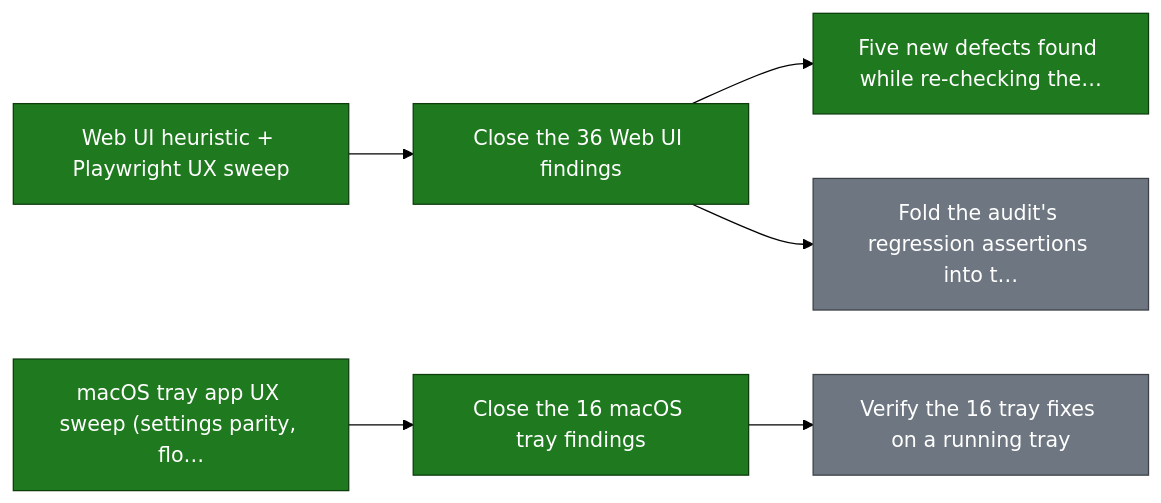
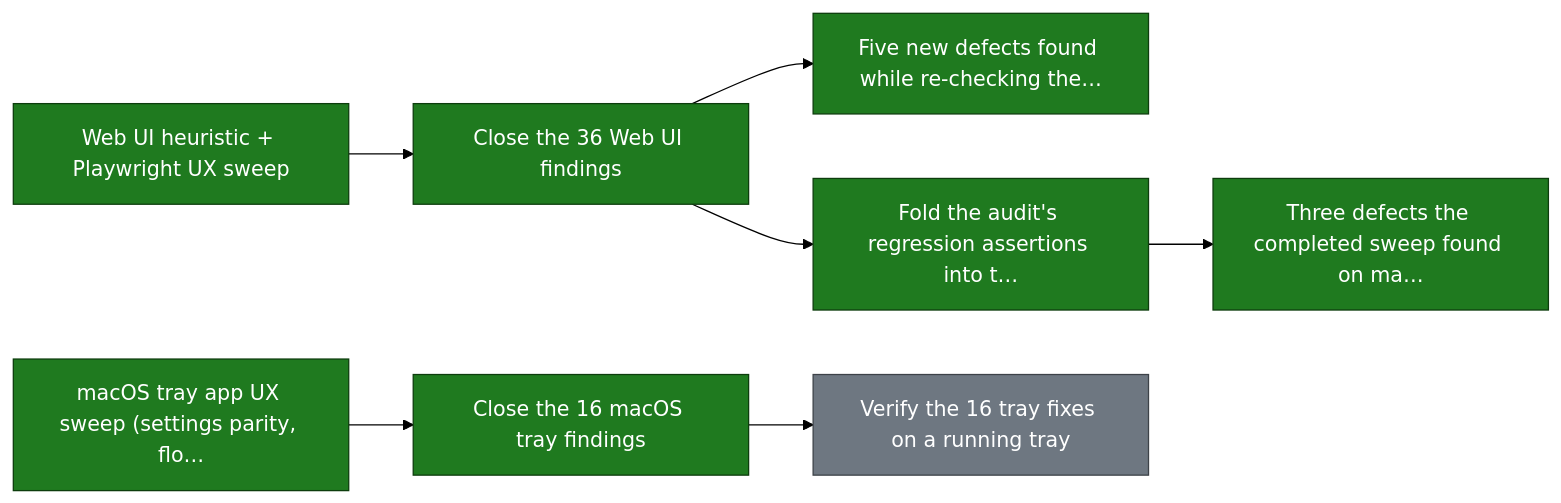
The second of 20 diagrams in ROADMAP.md (smart-mcp-proxy/mcpproxy-go), drawn with Mermaid (forest theme) before and after one commit. The commit also changed other lines of this file and 6 other files, not shown here.

````diff
--- a/ROADMAP.md
+++ b/ROADMAP.md
@@ -100,21 +100,23 @@
 ```mermaid
 graph LR
   ux_audit_webui_sweep["Web UI heuristic + Playwright UX sweep"]
   ux_audit_macos_sweep["macOS tray app UX sweep (settings parity, flo…"]
   ux_audit_webui_fixes["Close the 36 Web UI findings"]
   ux_audit_macos_fixes["Close the 16 macOS tray findings"]
   ux_audit_recheck_defects["Five new defects found while re-checking the…"]
   ux_audit_sweep_regressions["Fold the audit's regression assertions into t…"]
+  ux_audit_sweep_found_defects["Three defects the completed sweep found on ma…"]
   ux_audit_tray_live_verify["Verify the 16 tray fixes on a running tray"]
 
   ux_audit_webui_sweep --> ux_audit_webui_fixes
   ux_audit_macos_sweep --> ux_audit_macos_fixes
   ux_audit_webui_fixes --> ux_audit_recheck_defects
   ux_audit_webui_fixes --> ux_audit_sweep_regressions
+  ux_audit_sweep_regressions --> ux_audit_sweep_found_defects
   ux_audit_macos_fixes --> ux_audit_tray_live_verify
 
   classDef done fill:#1f7a1f,stroke:#0d3d0d,color:#ffffff;
   classDef todo fill:#6e7781,stroke:#3d4248,color:#ffffff;
-  class ux_audit_webui_sweep,ux_audit_macos_sweep,ux_audit_webui_fixes,ux_audit_macos_fixes,ux_audit_recheck_defects done;
-  class ux_audit_sweep_regressions,ux_audit_tray_live_verify todo;
+  class ux_audit_webui_sweep,ux_audit_macos_sweep,ux_audit_webui_fixes,ux_audit_macos_fixes,ux_audit_recheck_defects,ux_audit_sweep_regressions,ux_audit_sweep_found_defects done;
+  class ux_audit_tray_live_verify todo;
 ```
````
